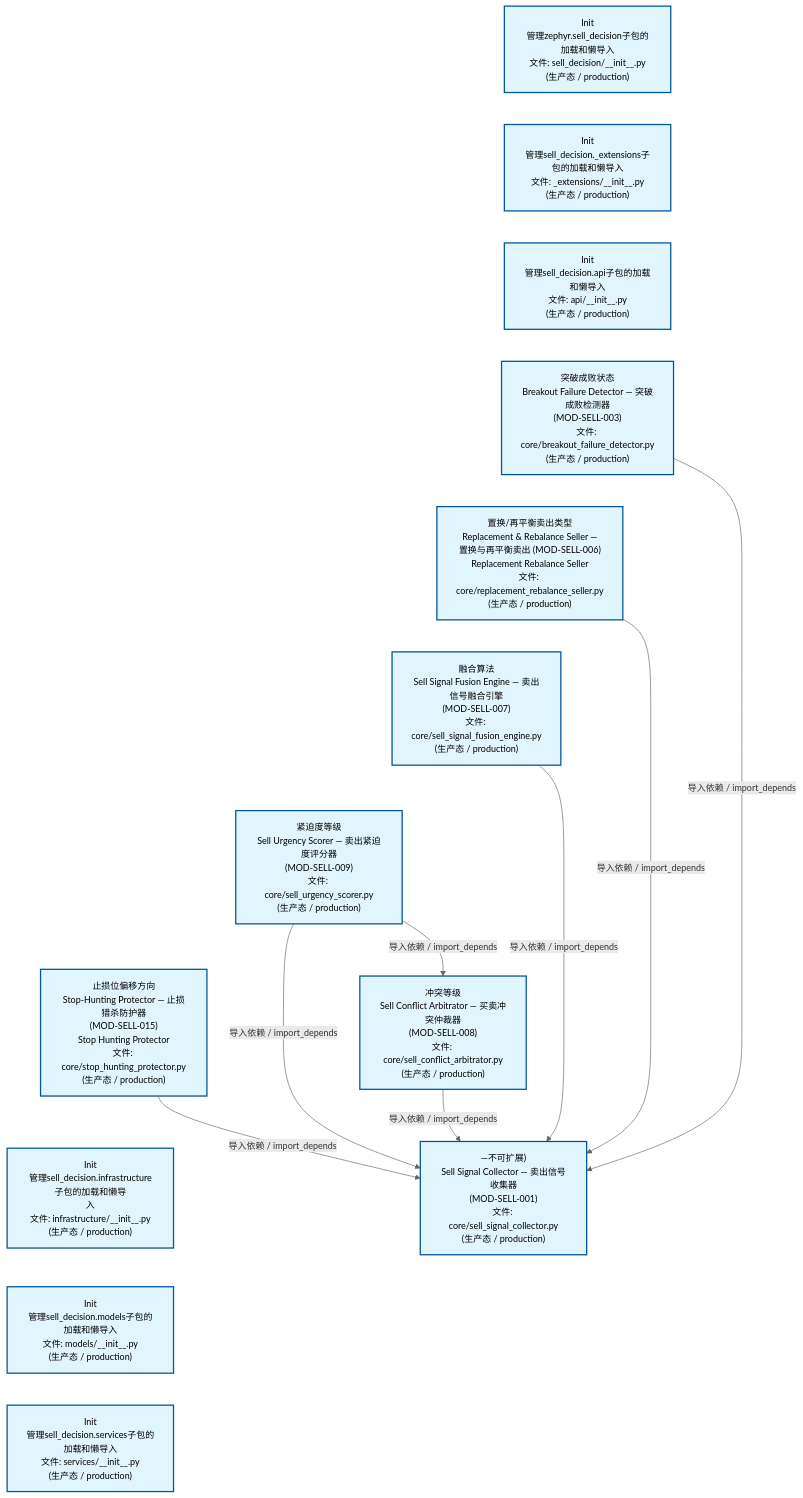
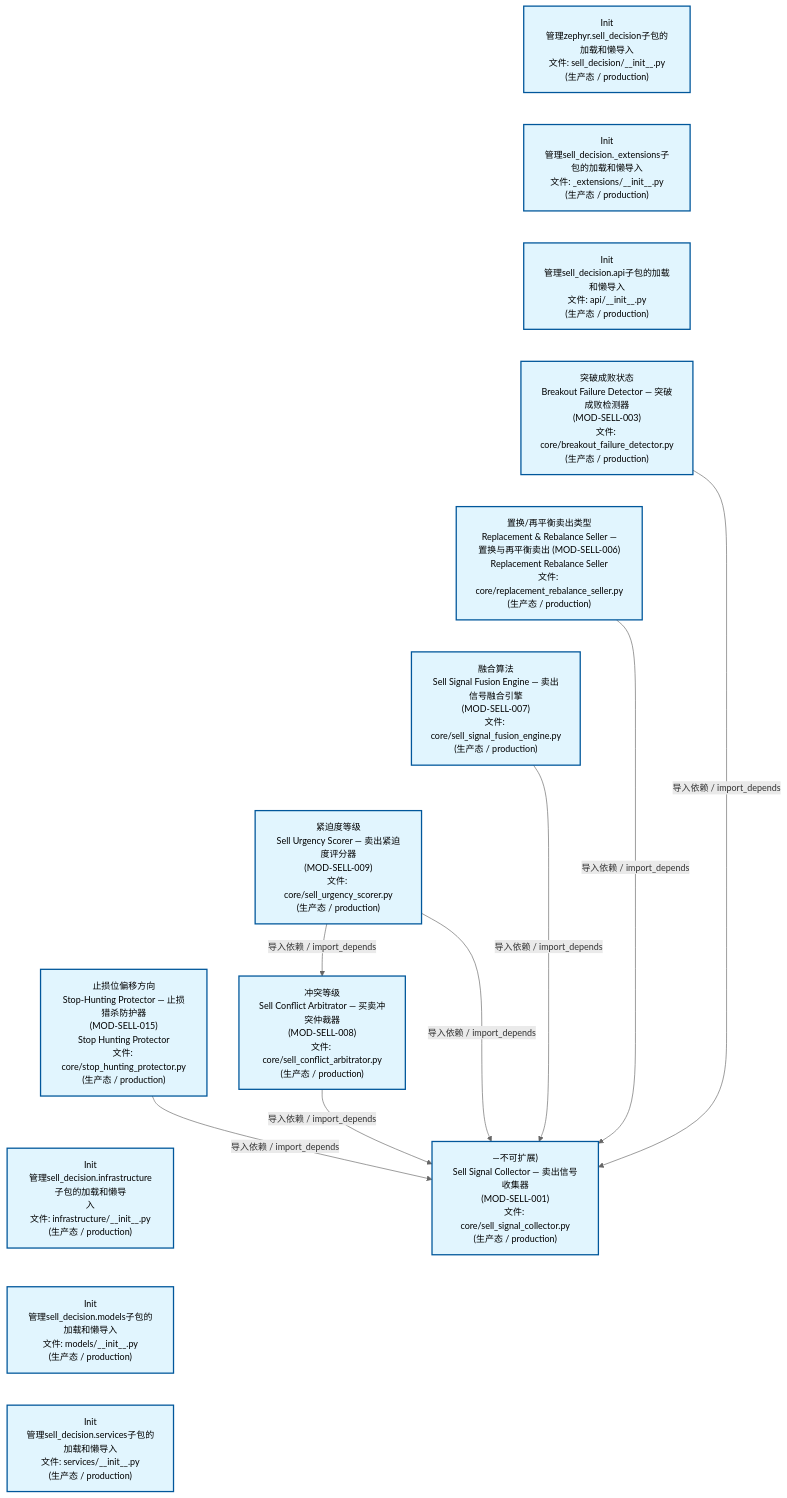
One commit to xuanFelixVan/ZephyrAlpha changed the second of 4 diagrams in docs/02_enterprise_architecture/02_domain_architecture_docs/67_d_sell_decision.md. Above: the diagram before and after it, drawn with Mermaid. The commit also changed other lines of this file and 46 other files, not shown here.

````diff
--- a/docs/02_enterprise_architecture/02_domain_architecture_docs/67_d_sell_decision.md
+++ b/docs/02_enterprise_architecture/02_domain_architecture_docs/67_d_sell_decision.md
@@ -150,39 +150,39 @@
 ```mermaid
 %%{init: {'theme': 'base', 'themeVariables': {'primaryColor': '#eaeaea', 'primaryTextColor': '#333333', 'primaryBorderColor': '#666666', 'lineColor': '#666666', 'secondaryColor': '#eaeaea', 'tertiaryColor': '#eaeaea', 'fontSize': '14px'}}}%%
 flowchart TD
     src_zephyr_sell_decision_init_py["Init<br/>管理zephyr.sell_decision子包的加载和懒导入<br/>文件: sell_decision/__init__.py<br/>(生产态 / production)"]
     src_zephyr_sell_decision_extensions_init_py["Init<br/>管理sell_decision._extensions子包的加载和懒导入<br/>文件: _extensions/__init__.py<br/>(生产态 / production)"]
     src_zephyr_sell_decision_api_init_py["Init<br/>管理sell_decision.api子包的加载和懒导入<br/>文件: api/__init__.py<br/>(生产态 / production)"]
     src_zephyr_sell_decision_core_breakout_failure_detector_py["突破成败状态<br/>Breakout Failure Detector — 突破成败检测器<br/>(MOD-SELL-003)<br/>文件: core/breakout_failure_detector.py<br/>(生产态 / production)"]
     src_zephyr_sell_decision_core_replacement_rebalance_seller_py["置换/再平衡卖出类型<br/>Replacement & Rebalance Seller —<br/>置换与再平衡卖出 (MOD-SELL-006)<br/>Replacement Rebalance Seller<br/>文件: core/replacement_rebalance_seller.py<br/>(生产态 / production)"]
     src_zephyr_sell_decision_core_sell_signal_fusion_engine_py["融合算法<br/>Sell Signal Fusion Engine — 卖出信号融合引擎<br/>(MOD-SELL-007)<br/>文件: core/sell_signal_fusion_engine.py<br/>(生产态 / production)"]
     src_zephyr_sell_decision_core_sell_urgency_scorer_py["紧迫度等级<br/>Sell Urgency Scorer — 卖出紧迫度评分器<br/>(MOD-SELL-009)<br/>文件: core/sell_urgency_scorer.py<br/>(生产态 / production)"]
     src_zephyr_sell_decision_core_stop_hunting_protector_py["止损位偏移方向<br/>Stop-Hunting Protector — 止损猎杀防护器<br/>(MOD-SELL-015)<br/>Stop Hunting Protector<br/>文件: core/stop_hunting_protector.py<br/>(生产态 / production)"]
     src_zephyr_sell_decision_infrastructure_init_py["Init<br/>管理sell_decision.infrastructure子包的加载和懒导<br/>入<br/>文件: infrastructure/__init__.py<br/>(生产态 / production)"]
     src_zephyr_sell_decision_models_init_py["Init<br/>管理sell_decision.models子包的加载和懒导入<br/>文件: models/__init__.py<br/>(生产态 / production)"]
     src_zephyr_sell_decision_services_init_py["Init<br/>管理sell_decision.services子包的加载和懒导入<br/>文件: services/__init__.py<br/>(生产态 / production)"]
     src_zephyr_sell_decision_init_py ~~~ src_zephyr_sell_decision_extensions_init_py
     src_zephyr_sell_decision_extensions_init_py ~~~ src_zephyr_sell_decision_api_init_py
     src_zephyr_sell_decision_api_init_py ~~~ src_zephyr_sell_decision_core_breakout_failure_detector_py
     src_zephyr_sell_decision_core_breakout_failure_detector_py ~~~ src_zephyr_sell_decision_core_replacement_rebalance_seller_py
     src_zephyr_sell_decision_core_replacement_rebalance_seller_py ~~~ src_zephyr_sell_decision_core_sell_signal_fusion_engine_py
     src_zephyr_sell_decision_core_sell_signal_fusion_engine_py ~~~ src_zephyr_sell_decision_core_sell_urgency_scorer_py
     src_zephyr_sell_decision_core_sell_urgency_scorer_py ~~~ src_zephyr_sell_decision_core_stop_hunting_protector_py
     src_zephyr_sell_decision_core_stop_hunting_protector_py ~~~ src_zephyr_sell_decision_infrastructure_init_py
     src_zephyr_sell_decision_infrastructure_init_py ~~~ src_zephyr_sell_decision_models_init_py
     src_zephyr_sell_decision_models_init_py ~~~ src_zephyr_sell_decision_services_init_py
     src_zephyr_sell_decision_core_sell_conflict_arbitrator_py["冲突等级<br/>Sell Conflict Arbitrator — 买卖冲突仲裁器<br/>(MOD-SELL-008)<br/>文件: core/sell_conflict_arbitrator.py<br/>(生产态 / production)"]
     src_zephyr_sell_decision_core_sell_signal_collector_py["—不可扩展)<br/>Sell Signal Collector — 卖出信号收集器<br/>(MOD-SELL-001)<br/>文件: core/sell_signal_collector.py<br/>(生产态 / production)"]
-    src_zephyr_sell_decision_core_replacement_rebalance_seller_py -->|导入依赖 / import_depends| src_zephyr_sell_decision_core_sell_signal_collector_py
     src_zephyr_sell_decision_core_sell_signal_fusion_engine_py -->|导入依赖 / import_depends| src_zephyr_sell_decision_core_sell_signal_collector_py
     src_zephyr_sell_decision_core_sell_conflict_arbitrator_py -->|导入依赖 / import_depends| src_zephyr_sell_decision_core_sell_signal_collector_py
+    src_zephyr_sell_decision_core_stop_hunting_protector_py -->|导入依赖 / import_depends| src_zephyr_sell_decision_core_sell_signal_collector_py
+    src_zephyr_sell_decision_core_replacement_rebalance_seller_py -->|导入依赖 / import_depends| src_zephyr_sell_decision_core_sell_signal_collector_py
+    src_zephyr_sell_decision_core_sell_urgency_scorer_py -->|导入依赖 / import_depends| src_zephyr_sell_decision_core_sell_conflict_arbitrator_py
     src_zephyr_sell_decision_core_sell_urgency_scorer_py -->|导入依赖 / import_depends| src_zephyr_sell_decision_core_sell_signal_collector_py
-    src_zephyr_sell_decision_core_sell_urgency_scorer_py -->|导入依赖 / import_depends| src_zephyr_sell_decision_core_sell_conflict_arbitrator_py
-    src_zephyr_sell_decision_core_stop_hunting_protector_py -->|导入依赖 / import_depends| src_zephyr_sell_decision_core_sell_signal_collector_py
     src_zephyr_sell_decision_core_breakout_failure_detector_py -->|导入依赖 / import_depends| src_zephyr_sell_decision_core_sell_signal_collector_py
     classDef production fill:#e1f5fe,stroke:#01579b,stroke-width:2px,color:#000
     classDef design fill:#fff3e0,stroke:#e65100,stroke-width:2px,color:#000,stroke-dasharray: 5 5
     classDef external_prod fill:#e8f4fd,stroke:#0277bd,stroke-width:1px,color:#000
     classDef external_design fill:#fff8e7,stroke:#ef6c00,stroke-width:1px,color:#000,stroke-dasharray: 5 5
     class src_zephyr_sell_decision_init_py,src_zephyr_sell_decision_extensions_init_py,src_zephyr_sell_decision_api_init_py,src_zephyr_sell_decision_core_breakout_failure_detector_py,src_zephyr_sell_decision_core_replacement_rebalance_seller_py,src_zephyr_sell_decision_core_sell_conflict_arbitrator_py,src_zephyr_sell_decision_core_sell_signal_collector_py,src_zephyr_sell_decision_core_sell_signal_fusion_engine_py,src_zephyr_sell_decision_core_sell_urgency_scorer_py,src_zephyr_sell_decision_core_stop_hunting_protector_py,src_zephyr_sell_decision_infrastructure_init_py,src_zephyr_sell_decision_models_init_py,src_zephyr_sell_decision_services_init_py production
 ```
````
